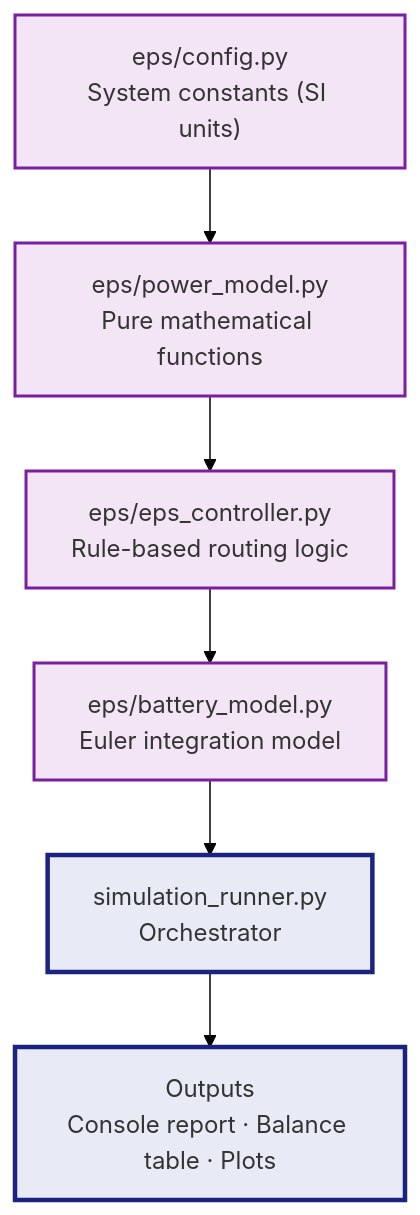
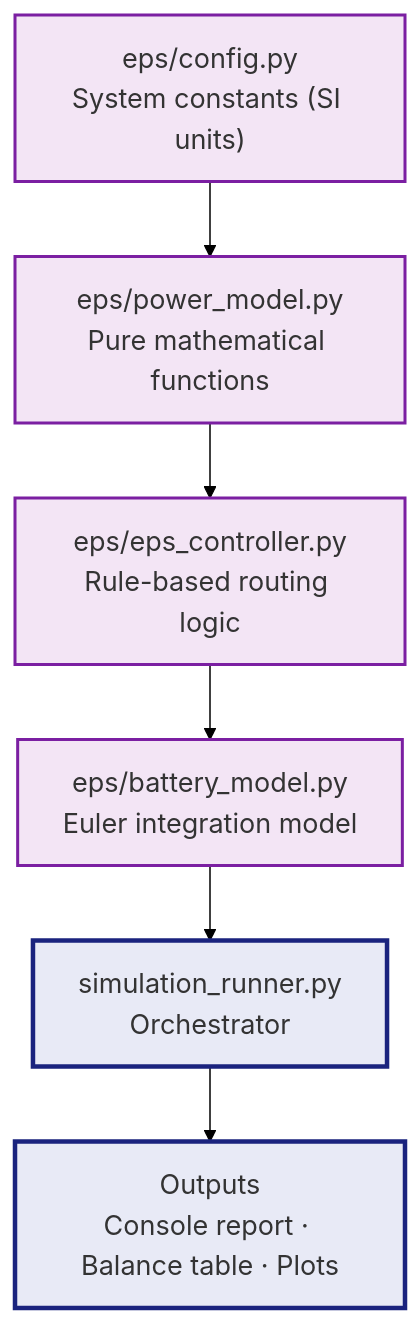
The fifth of 8 diagrams in README.md (chetan0021/spacecraft-eps-power-budget), drawn with Mermaid (forest theme) before and after one commit. The commit also changed other lines of this file, not shown here.

Commit message:
docs: overhaul Mermaid diagrams for visibility and add hifi spacecraft silhouette

````diff
--- a/README.md
+++ b/README.md
@@ -206,20 +213,20 @@
 ```mermaid
 flowchart TD
-    %% Styling
-    classDef default font-family:Inter,font-size:16px,color:#333,stroke-width:2px;
-    classDef logic fill:#f3e5f5,stroke:#7b1fa2,stroke-width:2px;
-    classDef runner fill:#e8eaf6,stroke:#1a237e,stroke-width:3px;
+    %% Styling and Contrast
+    classDef default font-family:Inter,font-size:18px,color:#333,stroke-width:2px;
+    classDef logic fill:#f3e5f5,stroke:#7b1fa2,stroke-width:2px,color:#333;
+    classDef runner fill:#e8eaf6,stroke:#1a237e,stroke-width:3px,color:#333;
 
     Config["eps/config.py\nSystem constants (SI units)"]:::logic
     PowerModel["eps/power_model.py\nPure mathematical functions"]:::logic
     EPSController["eps/eps_controller.py\nRule-based routing logic"]:::logic
     BatteryModel["eps/battery_model.py\nEuler integration model"]:::logic
     SimulationRunner["simulation_runner.py\nOrchestrator"]:::runner
     Results["Outputs\nConsole report · Balance table · Plots"]:::runner
 
     Config --> PowerModel
     PowerModel --> EPSController
     EPSController --> BatteryModel
     BatteryModel --> SimulationRunner
     SimulationRunner --> Results
 ```
````
